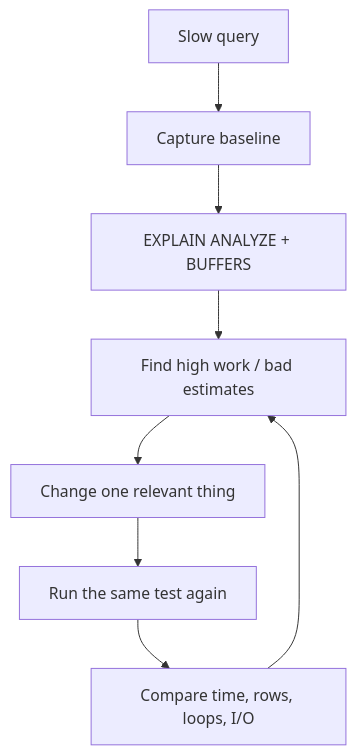
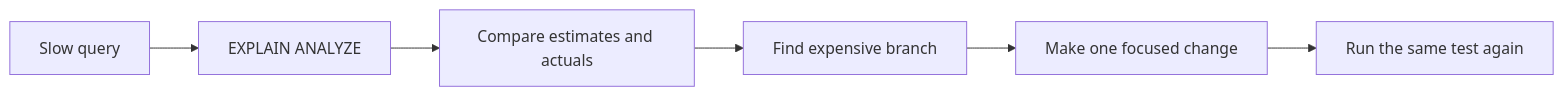
The first of 2 diagrams in src/content/databases/explain-analyze.md (AvadhBhalodiya/Interview-Preparation), drawn with Mermaid before and after one commit. The commit also changed other lines of this file and 80 other files, not shown here.

````diff
--- a/src/content/databases/explain-analyze.md
+++ b/src/content/databases/explain-analyze.md
@@ -24,10 +26,8 @@
 ```mermaid
-flowchart TD
-    A[Slow query] --> B[Capture baseline]
-    B --> C["EXPLAIN ANALYZE + BUFFERS"]
-    C --> D["Find high work / bad estimates"]
-    D --> E[Change one relevant thing]
+flowchart LR
+    A[Slow query] --> B[EXPLAIN ANALYZE]
+    B --> C[Compare estimates and actuals]
+    C --> D[Find expensive branch]
+    D --> E[Make one focused change]
     E --> F[Run the same test again]
-    F --> G["Compare time, rows, loops, I/O"]
-    G --> D
 ```
````
